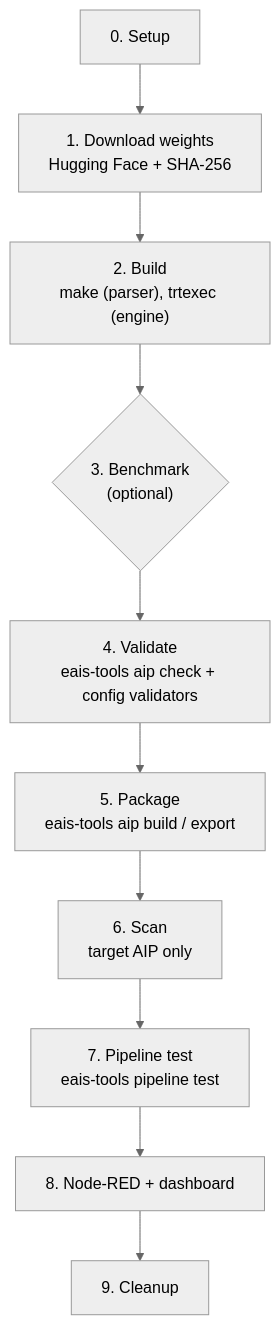
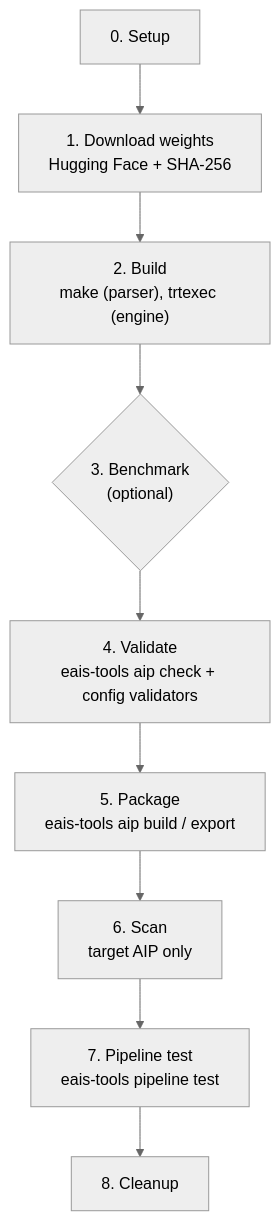
One commit to edge-ai/AIPV1EMI0001 changed the second of 2 diagrams in README.md. Above: the diagram before and after it, drawn with Mermaid (neutral theme). The commit also changed other lines of this file and 10 other files, not shown here.

````diff
--- a/README.md
+++ b/README.md
@@ -104,12 +104,11 @@
 ```mermaid
 flowchart TD
     S0["0. Setup"] --> S1["1. Download weights<br/>Hugging Face + SHA-256"]
     S1 --> S2["2. Build<br/>make (parser), trtexec (engine)"]
     S2 --> S3{"3. Benchmark<br/>(optional)"}
     S3 --> S4["4. Validate<br/>eais-tools aip check + config validators"]
     S4 --> S5["5. Package<br/>eais-tools aip build / export"]
     S5 --> S6["6. Scan<br/>target AIP only"]
     S6 --> S7["7. Pipeline test<br/>eais-tools pipeline test"]
-    S7 --> S8["8. Node-RED + dashboard"]
-    S8 --> S9["9. Cleanup"]
+    S7 --> S8["8. Cleanup"]
 ```
````
